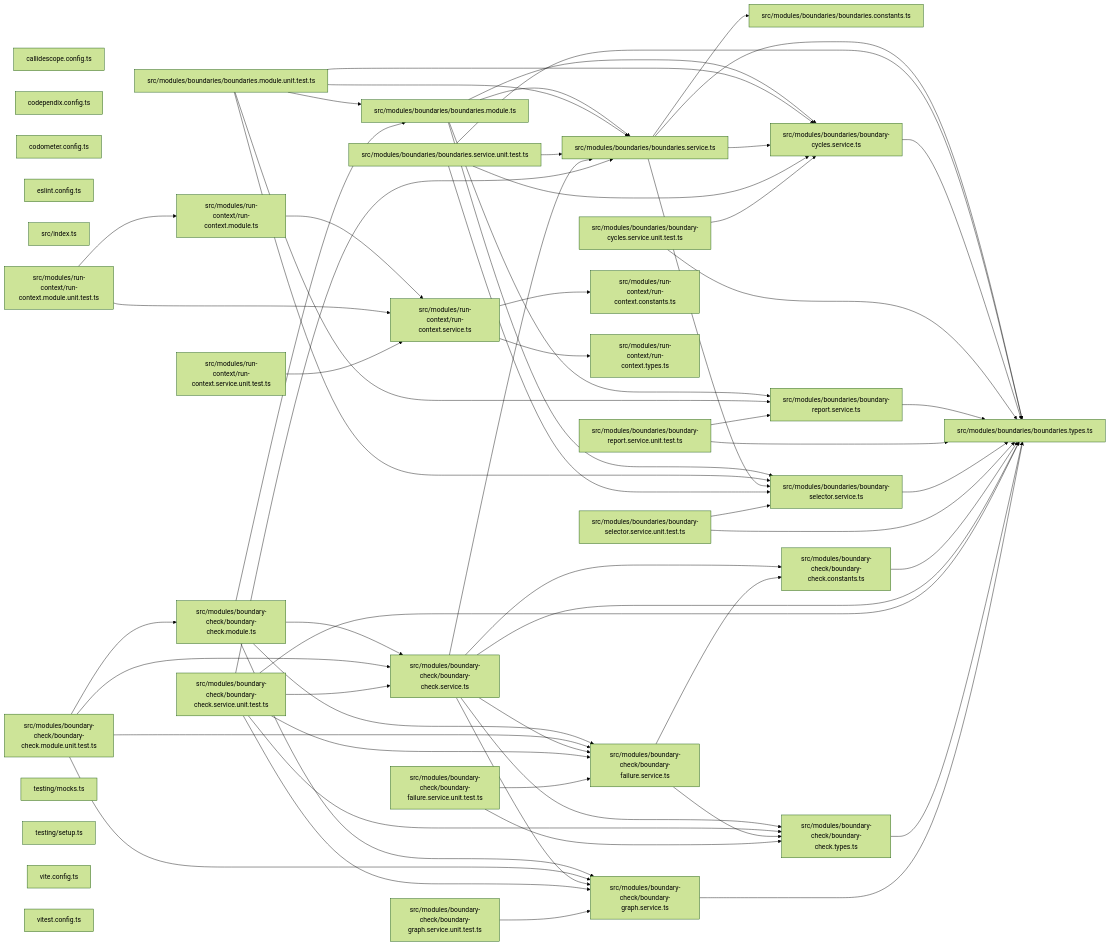
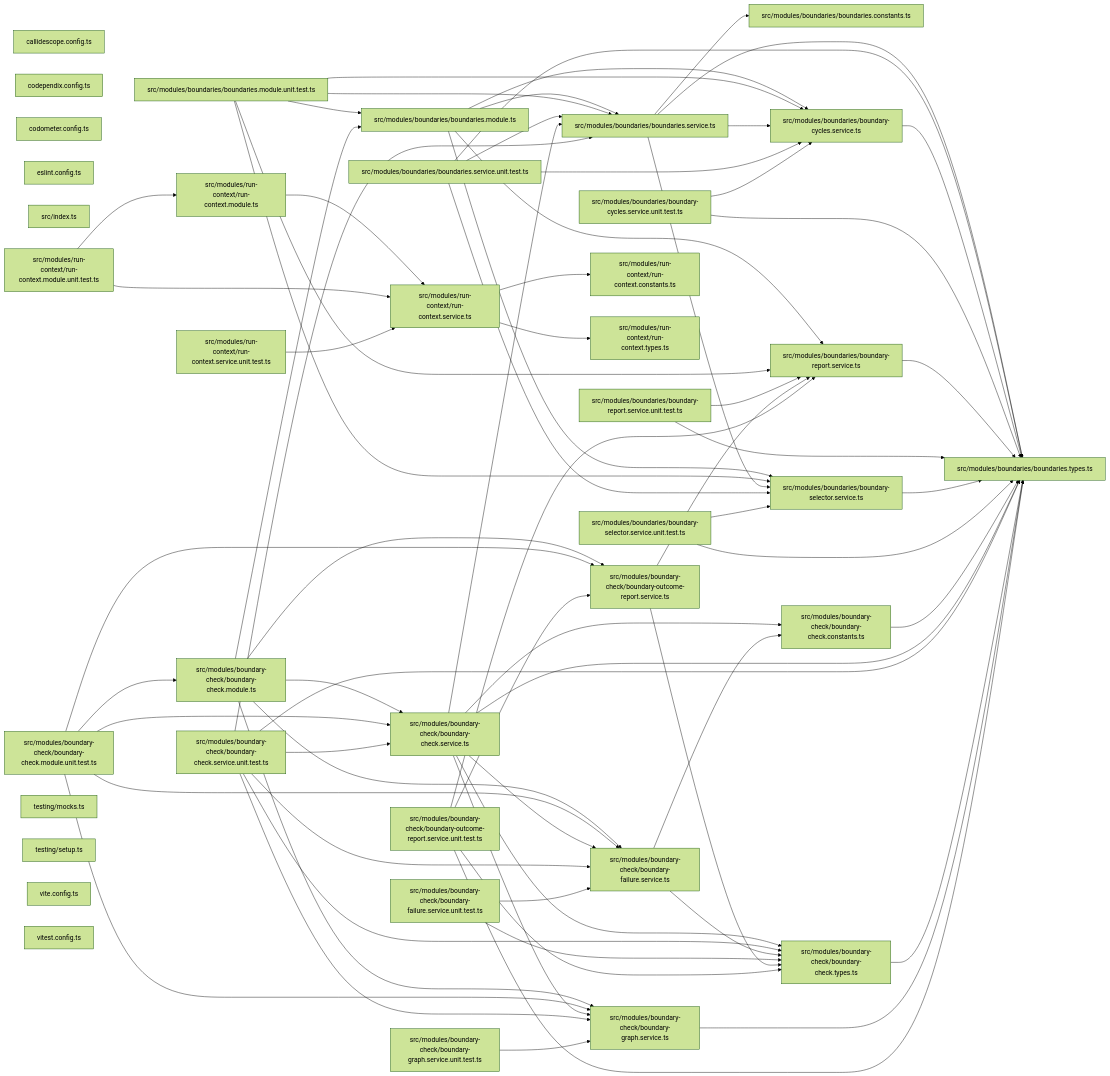
Before and after one commit to Organizzolini/codebase: the third of 3 diagrams in packages/ic-suite/codependix/codependix-boundaries/README.md, drawn with Mermaid (forest theme). The commit also changed 21 other files, not shown here.

```diff
--- a/packages/ic-suite/codependix/codependix-boundaries/README.md
+++ b/packages/ic-suite/codependix/codependix-boundaries/README.md
@@ -238,6 +238,8 @@
   file_src_modules_boundary_check_boundary_failure_service_unit_test_ts["src/modules/boundary-check/boundary-failure.service.unit.test.ts"]
   file_src_modules_boundary_check_boundary_graph_service_ts["src/modules/boundary-check/boundary-graph.service.ts"]
   file_src_modules_boundary_check_boundary_graph_service_unit_test_ts["src/modules/boundary-check/boundary-graph.service.unit.test.ts"]
+  file_src_modules_boundary_check_boundary_outcome_report_service_ts["src/modules/boundary-check/boundary-outcome-report.service.ts"]
+  file_src_modules_boundary_check_boundary_outcome_report_service_unit_test_ts["src/modules/boundary-check/boundary-outcome-report.service.unit.test.ts"]
   file_src_modules_run_context_run_context_constants_ts["src/modules/run-context/run-context.constants.ts"]
   file_src_modules_run_context_run_context_module_ts["src/modules/run-context/run-context.module.ts"]
   file_src_modules_run_context_run_context_module_unit_test_ts["src/modules/run-context/run-context.module.unit.test.ts"]
@@ -279,10 +281,12 @@
   file_src_modules_boundary_check_boundary_check_module_ts --> file_src_modules_boundary_check_boundary_check_service_ts
   file_src_modules_boundary_check_boundary_check_module_ts --> file_src_modules_boundary_check_boundary_failure_service_ts
   file_src_modules_boundary_check_boundary_check_module_ts --> file_src_modules_boundary_check_boundary_graph_service_ts
+  file_src_modules_boundary_check_boundary_check_module_ts --> file_src_modules_boundary_check_boundary_outcome_report_service_ts
   file_src_modules_boundary_check_boundary_check_module_unit_test_ts --> file_src_modules_boundary_check_boundary_check_module_ts
   file_src_modules_boundary_check_boundary_check_module_unit_test_ts --> file_src_modules_boundary_check_boundary_check_service_ts
   file_src_modules_boundary_check_boundary_check_module_unit_test_ts --> file_src_modules_boundary_check_boundary_failure_service_ts
   file_src_modules_boundary_check_boundary_check_module_unit_test_ts --> file_src_modules_boundary_check_boundary_graph_service_ts
+  file_src_modules_boundary_check_boundary_check_module_unit_test_ts --> file_src_modules_boundary_check_boundary_outcome_report_service_ts
   file_src_modules_boundary_check_boundary_check_service_ts --> file_src_modules_boundaries_boundaries_service_ts
   file_src_modules_boundary_check_boundary_check_service_ts --> file_src_modules_boundaries_boundaries_types_ts
   file_src_modules_boundary_check_boundary_check_service_ts --> file_src_modules_boundary_check_boundary_check_constants_ts
@@ -302,6 +306,12 @@
   file_src_modules_boundary_check_boundary_failure_service_unit_test_ts --> file_src_modules_boundary_check_boundary_failure_service_ts
   file_src_modules_boundary_check_boundary_graph_service_ts --> file_src_modules_boundaries_boundaries_types_ts
   file_src_modules_boundary_check_boundary_graph_service_unit_test_ts --> file_src_modules_boundary_check_boundary_graph_service_ts
+  file_src_modules_boundary_check_boundary_outcome_report_service_ts --> file_src_modules_boundaries_boundary_report_service_ts
+  file_src_modules_boundary_check_boundary_outcome_report_service_ts --> file_src_modules_boundary_check_boundary_check_types_ts
+  file_src_modules_boundary_check_boundary_outcome_report_service_unit_test_ts --> file_src_modules_boundaries_boundaries_types_ts
+  file_src_modules_boundary_check_boundary_outcome_report_service_unit_test_ts --> file_src_modules_boundaries_boundary_report_service_ts
+  file_src_modules_boundary_check_boundary_outcome_report_service_unit_test_ts --> file_src_modules_boundary_check_boundary_check_types_ts
+  file_src_modules_boundary_check_boundary_outcome_report_service_unit_test_ts --> file_src_modules_boundary_check_boundary_outcome_report_service_ts
   file_src_modules_run_context_run_context_module_ts --> file_src_modules_run_context_run_context_service_ts
   file_src_modules_run_context_run_context_module_unit_test_ts --> file_src_modules_run_context_run_context_module_ts
   file_src_modules_run_context_run_context_module_unit_test_ts --> file_src_modules_run_context_run_context_service_ts
```
